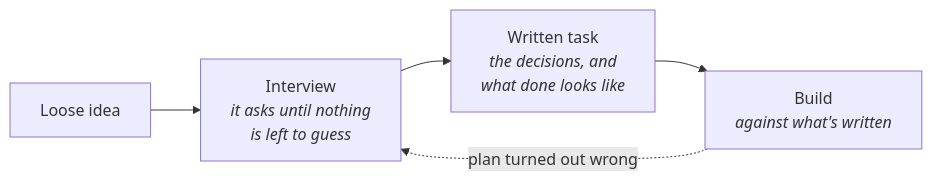
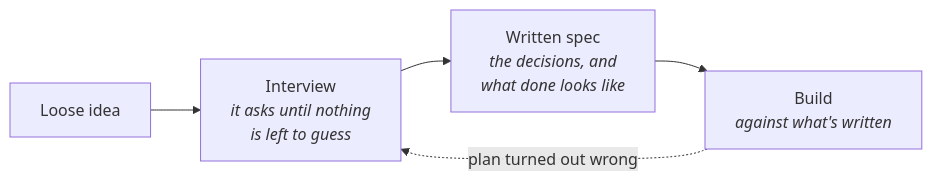
The diagram in modules/m3-deciding-before-building.md (solution8-com/agentic-playbook), drawn with Mermaid before and after one commit. The commit also changed other lines of this file and 12 other files, not shown here.

````diff
--- a/modules/m3-deciding-before-building.md
+++ b/modules/m3-deciding-before-building.md
@@ -41,7 +39,7 @@
 ```mermaid
 flowchart LR
     I[Loose idea] --> G[Interview<br><i>it asks until nothing<br>is left to guess</i>]
-    G --> S[Written task<br><i>the decisions, and<br>what done looks like</i>]
+    G --> S[Written spec<br><i>the decisions, and<br>what done looks like</i>]
     S --> B[Build<br><i>against what's written</i>]
     B -.->|plan turned out wrong| G
 ```
````
